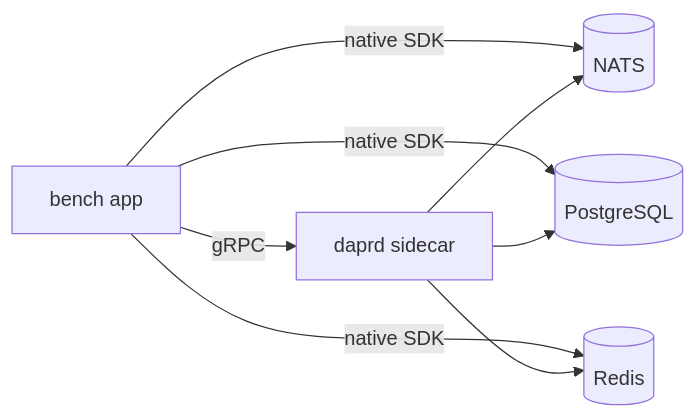
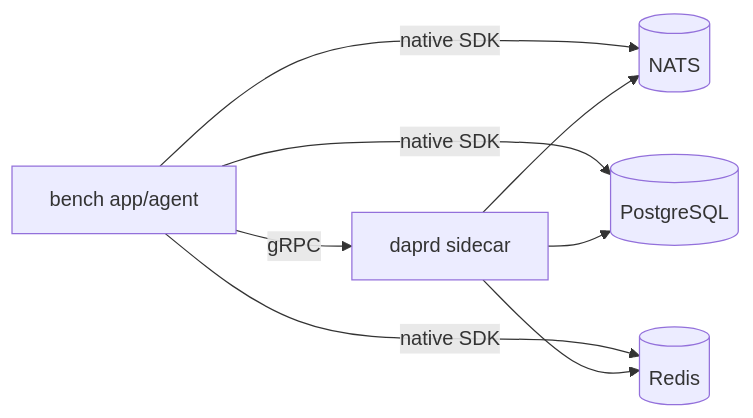
Before and after one commit to amirhnajafiz-learning/simple-cd: the diagram in README.md, drawn with Mermaid. The commit also changed other lines of this file, not shown here.

````diff
--- a/README.md
+++ b/README.md
@@ -30,16 +29,16 @@
 ```mermaid
 flowchart LR
-    App["bench app"]
-    Dapr["daprd sidecar"]
+    App/Agent["bench app/agent"]
     NATS[("NATS")]
     PG[("PostgreSQL")]
     Redis[("Redis")]
+    Dapr["daprd sidecar"]
 
-    App -->|native SDK| NATS
-    App -->|native SDK| PG
-    App -->|native SDK| Redis
-    App -->|gRPC| Dapr
+    App/Agent -->|native SDK| NATS
+    App/Agent -->|native SDK| PG
+    App/Agent -->|native SDK| Redis
+    App/Agent -->|gRPC| Dapr
     Dapr --> NATS
     Dapr --> PG
     Dapr --> Redis
 ```
````
